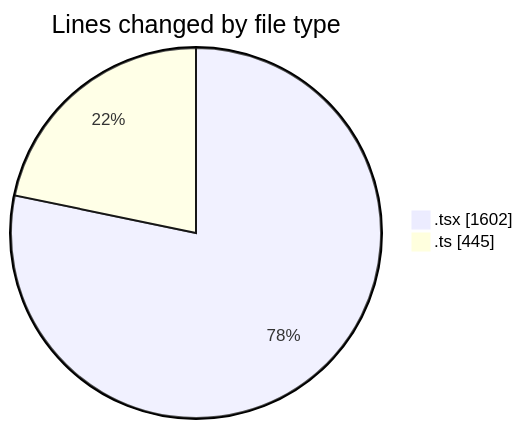
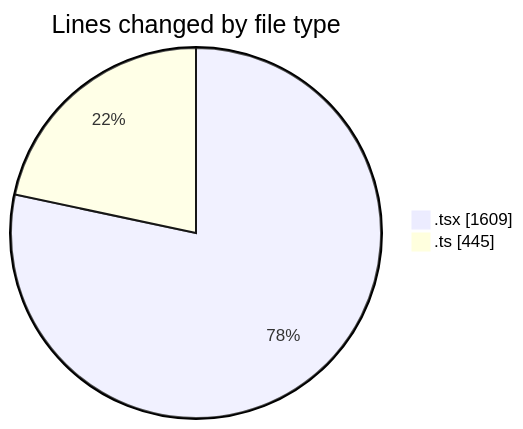
One commit to robertbonfada/code-tracking changed the first of 2 diagrams in 2025-01-30/mbc-web/README.md. Above: the diagram before and after it, drawn with Mermaid. The commit also changed other lines of this file and 1 other file, not shown here.

````diff
--- a/2025-01-30/mbc-web/README.md
+++ b/2025-01-30/mbc-web/README.md
@@ -30,6 +30,6 @@
 ```mermaid
 pie showData
 title Lines changed by file type
-".tsx" : 1602
+".tsx" : 1609
 ".ts" : 445
 ```
````
